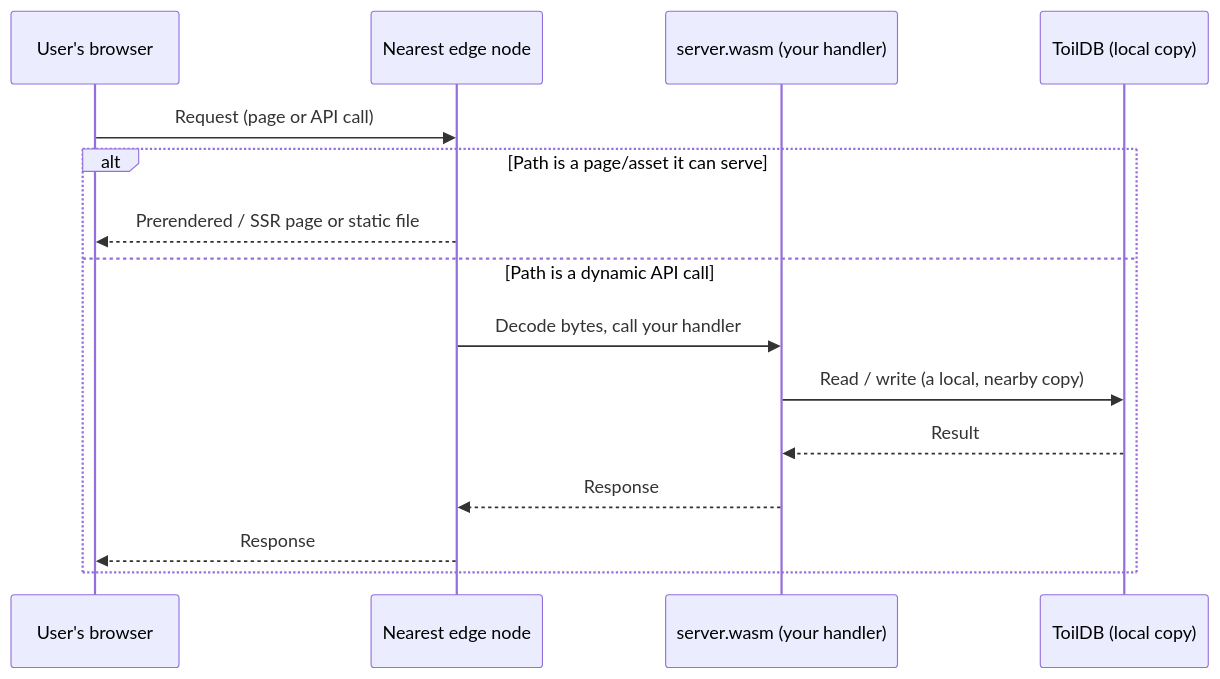
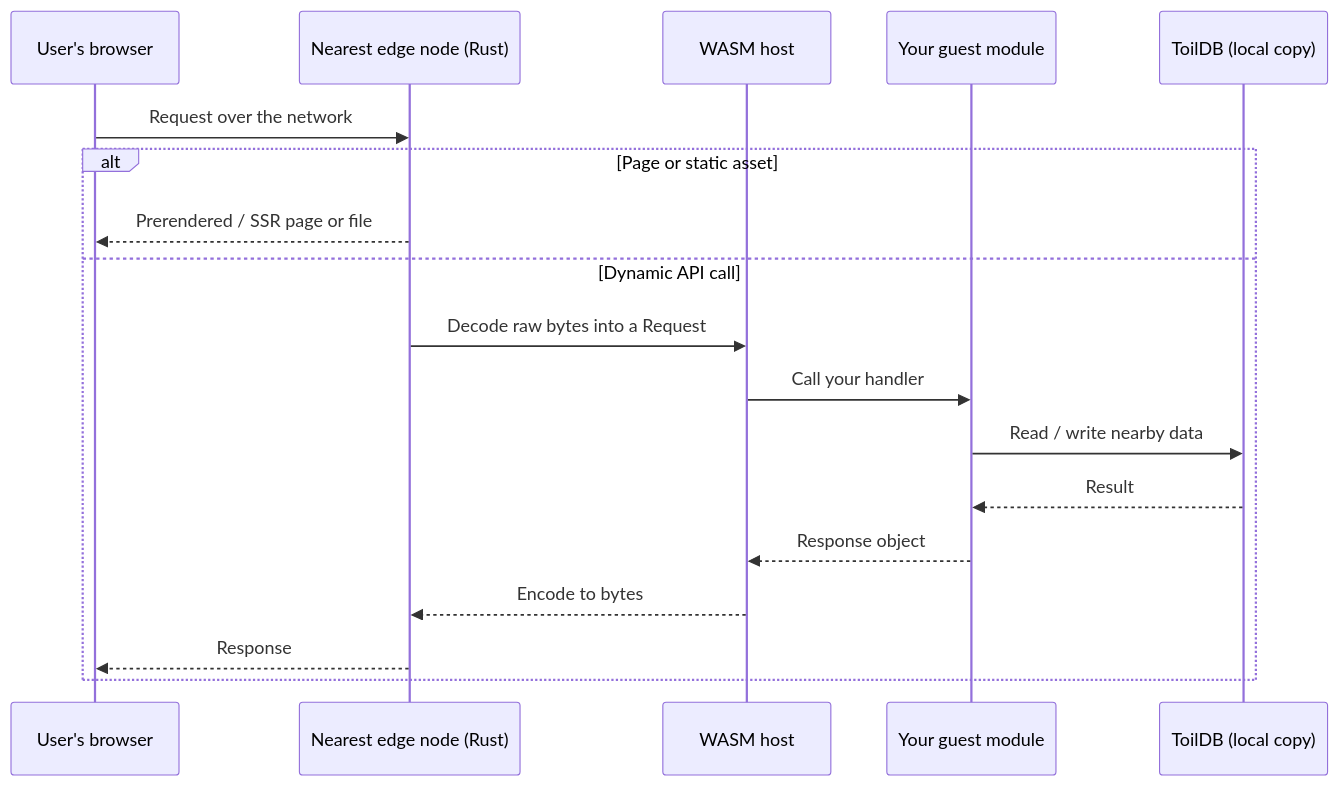
Before and after one commit to dacely-cloud/toiljs: the diagram in docs/introduction/how-it-works.md, drawn with Mermaid. The commit also changed other lines of this file and 8 other files, not shown here.

````diff
--- a/docs/introduction/how-it-works.md
+++ b/docs/introduction/how-it-works.md
@@ -24,18 +47,21 @@
 ```mermaid
 sequenceDiagram
     participant U as User's browser
-    participant E as Nearest edge node
-    participant W as server.wasm (your handler)
+    participant E as Nearest edge node (Rust)
+    participant W as WASM host
+    participant G as Your guest module
     participant DB as ToilDB (local copy)
 
-    U->>E: Request (page or API call)
-    alt Path is a page/asset it can serve
-        E-->>U: Prerendered / SSR page or static file
-    else Path is a dynamic API call
-        E->>W: Decode bytes, call your handler
-        W->>DB: Read / write (a local, nearby copy)
-        DB-->>W: Result
-        W-->>E: Response
+    U->>E: Request over the network
+    alt Page or static asset
+        E-->>U: Prerendered / SSR page or file
+    else Dynamic API call
+        E->>W: Decode raw bytes into a Request
+        W->>G: Call your handler
+        G->>DB: Read / write nearby data
+        DB-->>G: Result
+        G-->>W: Response object
+        W-->>E: Encode to bytes
         E-->>U: Response
     end
 ```
````
